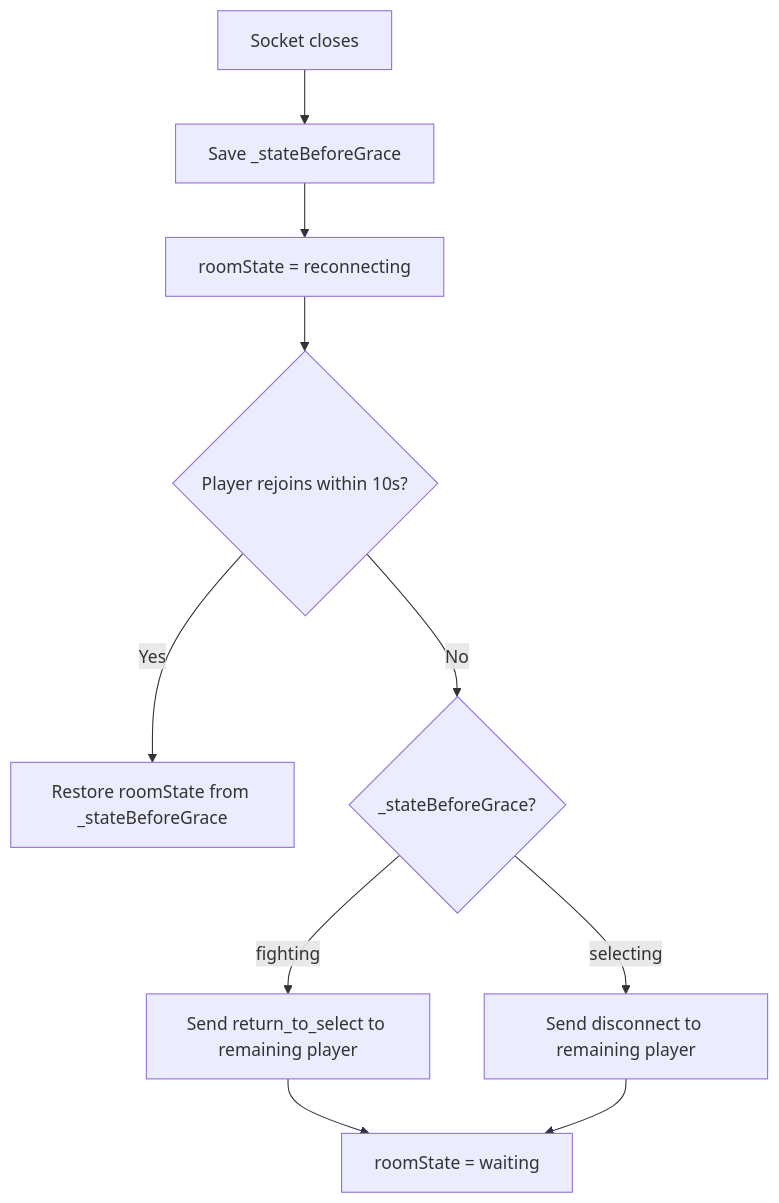
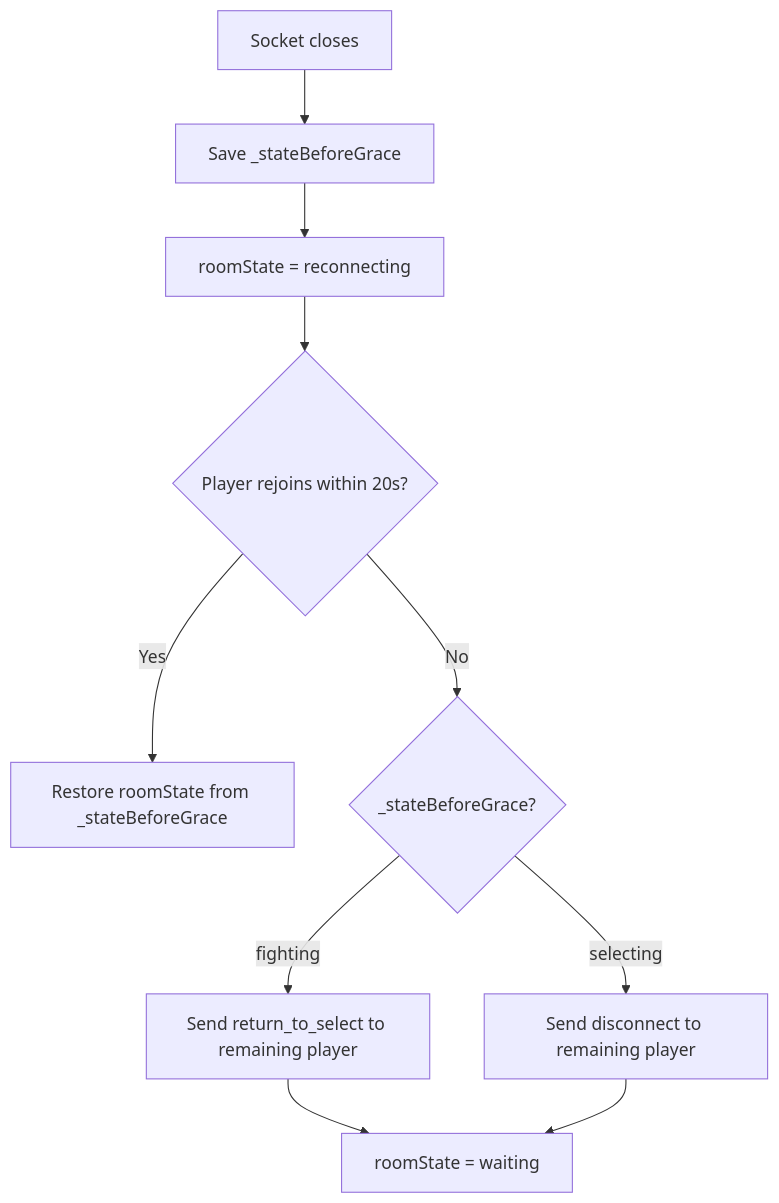
One commit to simon0191/a-los-traques changed the second of 2 diagrams in docs/room-state-machine.md. Above: the diagram before and after it, drawn with Mermaid. The commit also changed other lines of this file and 8 other files, not shown here.

````diff
--- a/docs/room-state-machine.md
+++ b/docs/room-state-machine.md
@@ -34,12 +34,12 @@
 ```mermaid
 flowchart TD
     A[Socket closes] --> B[Save _stateBeforeGrace]
     B --> C[roomState = reconnecting]
-    C --> D{Player rejoins within 10s?}
+    C --> D{Player rejoins within 20s?}
     D -- Yes --> E[Restore roomState from _stateBeforeGrace]
     D -- No --> F{_stateBeforeGrace?}
     F -- fighting --> G["Send return_to_select to remaining player"]
     F -- selecting --> H["Send disconnect to remaining player"]
     G --> I[roomState = waiting]
     H --> I
 ```
````
